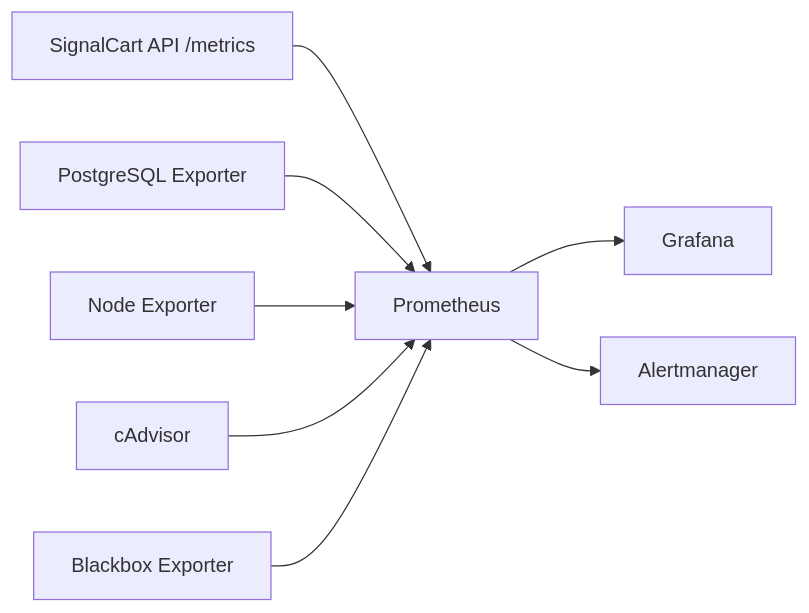
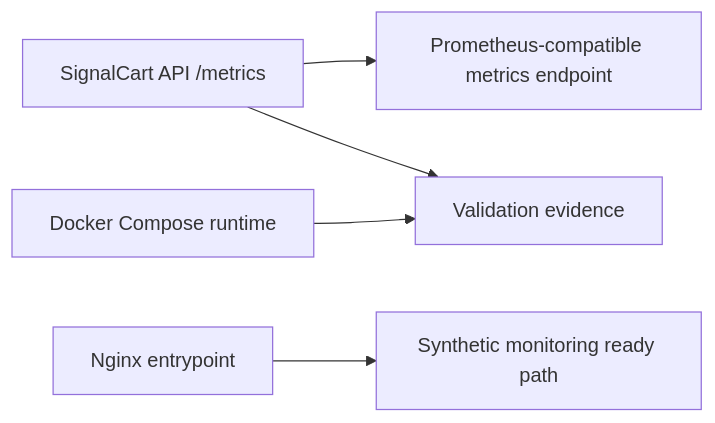
The second of 3 diagrams in docs/architecture.md (angelsediez/signalcart-observability-lab), drawn with Mermaid before and after one commit. The commit also changed other lines of this file and 36 other files, not shown here.

Commit message:
feat: add Docker Compose runtime with Nginx

````diff
--- a/docs/architecture.md
+++ b/docs/architecture.md
@@ -30,10 +29,7 @@
 ```mermaid
 flowchart LR
-    API[SignalCart API /metrics] --> Prometheus[Prometheus]
-    PGExporter[PostgreSQL Exporter] --> Prometheus
-    NodeExporter[Node Exporter] --> Prometheus
-    CAdvisor[cAdvisor] --> Prometheus
-    Blackbox[Blackbox Exporter] --> Prometheus
-    Prometheus --> Grafana[Grafana]
-    Prometheus --> Alertmanager[Alertmanager]
+    API[SignalCart API /metrics] --> Metrics[Prometheus-compatible metrics endpoint]
+    Nginx[Nginx entrypoint] --> Synthetic[Synthetic monitoring ready path]
+    API --> Evidence[Validation evidence]
+    Runtime[Docker Compose runtime] --> Evidence
 ```
````
